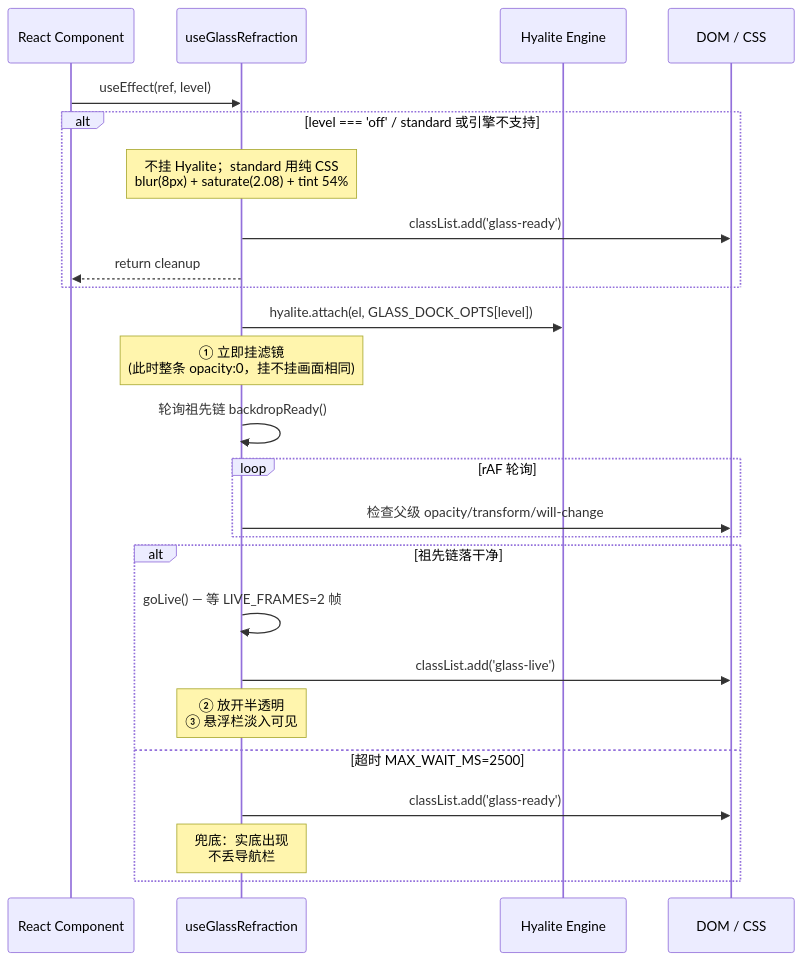
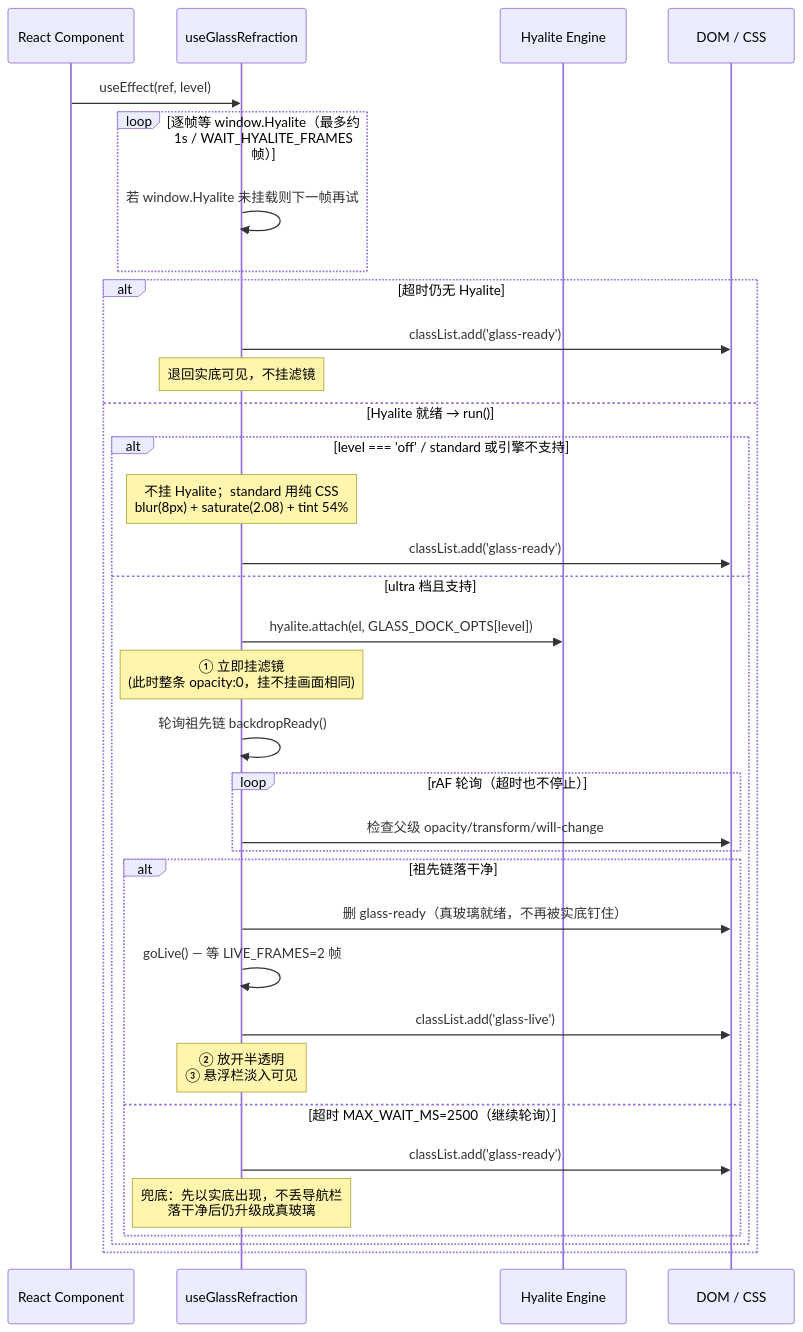
One commit to ikliml666/Wxxy-CampusLogin changed the third of 5 diagrams in .codewiki/modules/android-frontend-utilities-libraries-hyalite.md. Above: the diagram before and after it, drawn with Mermaid. The commit also changed other lines of this file and 3 other files, not shown here.

````diff
--- a/.codewiki/modules/android-frontend-utilities-libraries-hyalite.md
+++ b/.codewiki/modules/android-frontend-utilities-libraries-hyalite.md
@@ -131,28 +133,37 @@
 ```mermaid
 sequenceDiagram
     participant C as React Component
     participant H as useGlassRefraction
     participant E as Hyalite Engine
     participant DOM as DOM / CSS
 
     C->>H: useEffect(ref, level)
-    alt level === 'off' / standard 或引擎不支持
-        Note over H: 不挂 Hyalite；standard 用纯 CSS<br/>blur(8px) + saturate(2.08) + tint 54%
+    loop 逐帧等 window.Hyalite（最多约 1s / WAIT_HYALITE_FRAMES 帧）
+        H->>H: 若 window.Hyalite 未挂载则下一帧再试
+    end
+    alt 超时仍无 Hyalite
         H->>DOM: classList.add('glass-ready')
-        H-->>C: return cleanup
-    end
-    H->>E: hyalite.attach(el, GLASS_DOCK_OPTS[level])
-    Note over H: ① 立即挂滤镜<br/>(此时整条 opacity:0，挂不挂画面相同)
-    H->>H: 轮询祖先链 backdropReady()
-    loop rAF 轮询
-        H->>DOM: 检查父级 opacity/transform/will-change
-    end
-    alt 祖先链落干净
-        H->>H: goLive() — 等 LIVE_FRAMES=2 帧
-        H->>DOM: classList.add('glass-live')
-        Note over H: ② 放开半透明<br/>③ 悬浮栏淡入可见
-    else 超时 MAX_WAIT_MS=2500
-        H->>DOM: classList.add('glass-ready')
-        Note over H: 兜底：实底出现<br/>不丢导航栏
+        Note over H: 退回实底可见，不挂滤镜
+    else Hyalite 就绪 → run()
+        alt level === 'off' / standard 或引擎不支持
+            Note over H: 不挂 Hyalite；standard 用纯 CSS<br/>blur(8px) + saturate(2.08) + tint 54%
+            H->>DOM: classList.add('glass-ready')
+        else ultra 档且支持
+            H->>E: hyalite.attach(el, GLASS_DOCK_OPTS[level])
+            Note over H: ① 立即挂滤镜<br/>(此时整条 opacity:0，挂不挂画面相同)
+            H->>H: 轮询祖先链 backdropReady()
+            loop rAF 轮询（超时也不停止）
+                H->>DOM: 检查父级 opacity/transform/will-change
+            end
+            alt 祖先链落干净
+                H->>DOM: 删 glass-ready（真玻璃就绪，不再被实底钉住）
+                H->>H: goLive() — 等 LIVE_FRAMES=2 帧
+                H->>DOM: classList.add('glass-live')
+                Note over H: ② 放开半透明<br/>③ 悬浮栏淡入可见
+            else 超时 MAX_WAIT_MS=2500（继续轮询）
+                H->>DOM: classList.add('glass-ready')
+                Note over H: 兜底：先以实底出现，不丢导航栏<br/>落干净后仍升级成真玻璃
+            end
+        end
     end
 ```
````
